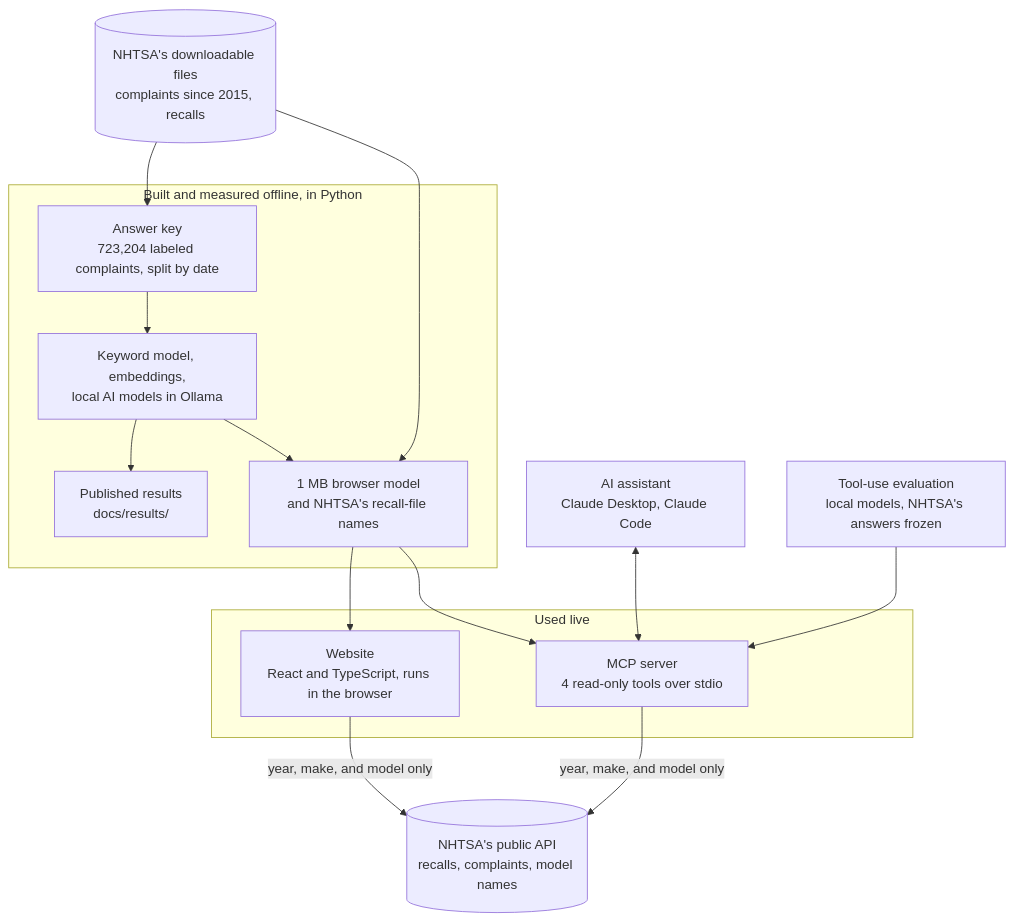
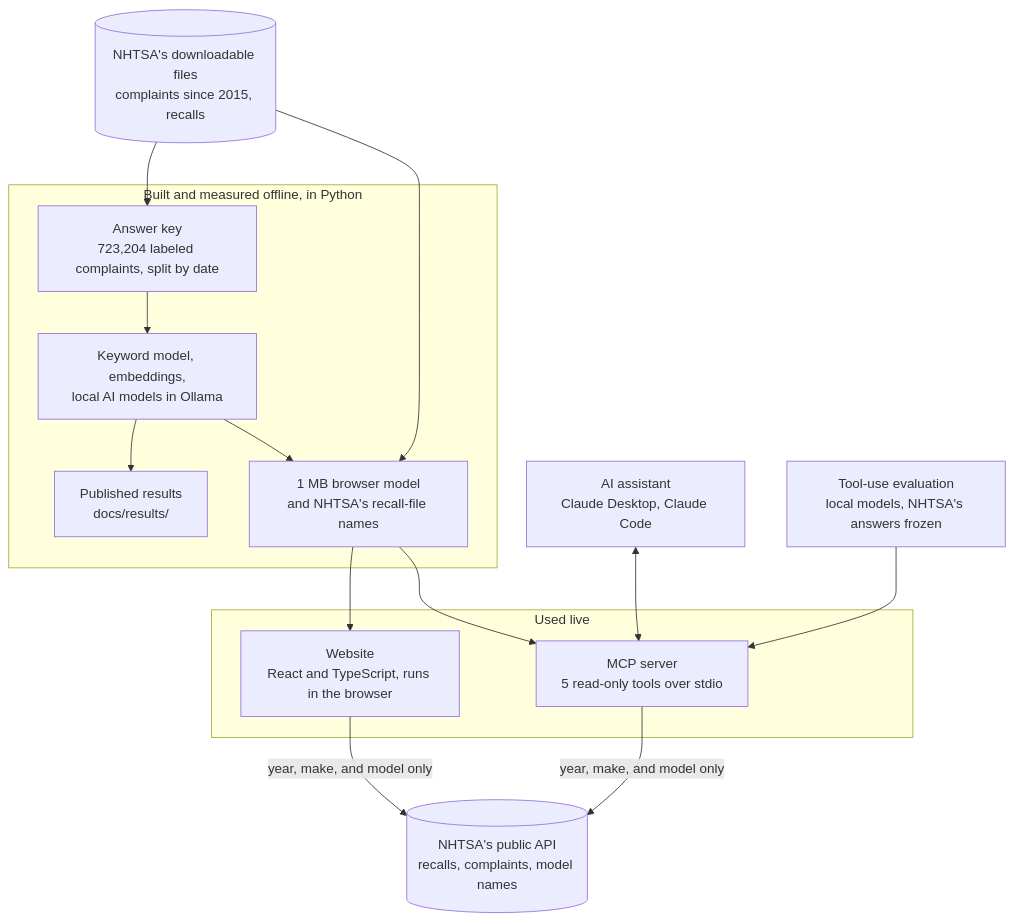
The diagram in README.md (Ronak-Mahidharia/car-safety-checker), drawn with Mermaid before and after one commit. The commit also changed other lines of this file and 22 other files, not shown here.

````diff
--- a/README.md
+++ b/README.md
@@ -22,27 +23,27 @@
 ```mermaid
 flowchart TB
     files[("NHTSA's downloadable files<br/>complaints since 2015, recalls")]
     api[("NHTSA's public API<br/>recalls, complaints, model names")]
 
     subgraph offline["Built and measured offline, in Python"]
         key["Answer key<br/>723,204 labeled complaints, split by date"]
         models["Keyword model, embeddings,<br/>local AI models in Ollama"]
         results["Published results<br/>docs/results/"]
         small["1 MB browser model<br/>and NHTSA's recall-file names"]
     end
 
     subgraph live["Used live"]
         site["Website<br/>React and TypeScript, runs in the browser"]
-        mcp["MCP server<br/>4 read-only tools over stdio"]
+        mcp["MCP server<br/>5 read-only tools over stdio"]
     end
 
     files --> key --> models --> results
     models --> small
     files --> small
     small --> site
     small --> mcp
     site -- "year, make, and model only" --> api
     mcp -- "year, make, and model only" --> api
     assistant["AI assistant<br/>Claude Desktop, Claude Code"] <--> mcp
     toolEval["Tool-use evaluation<br/>local models, NHTSA's answers frozen"] --> mcp
 ```
````
